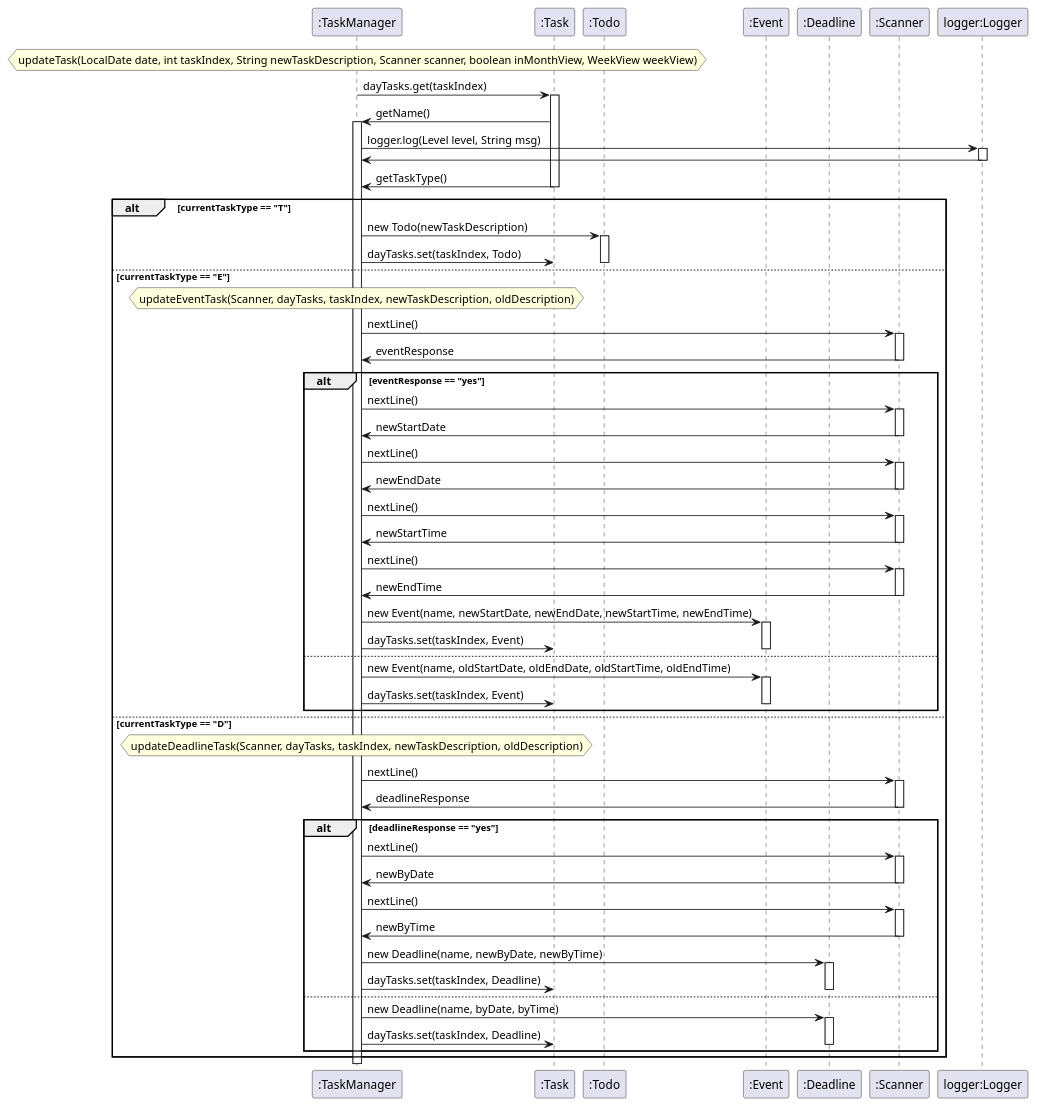
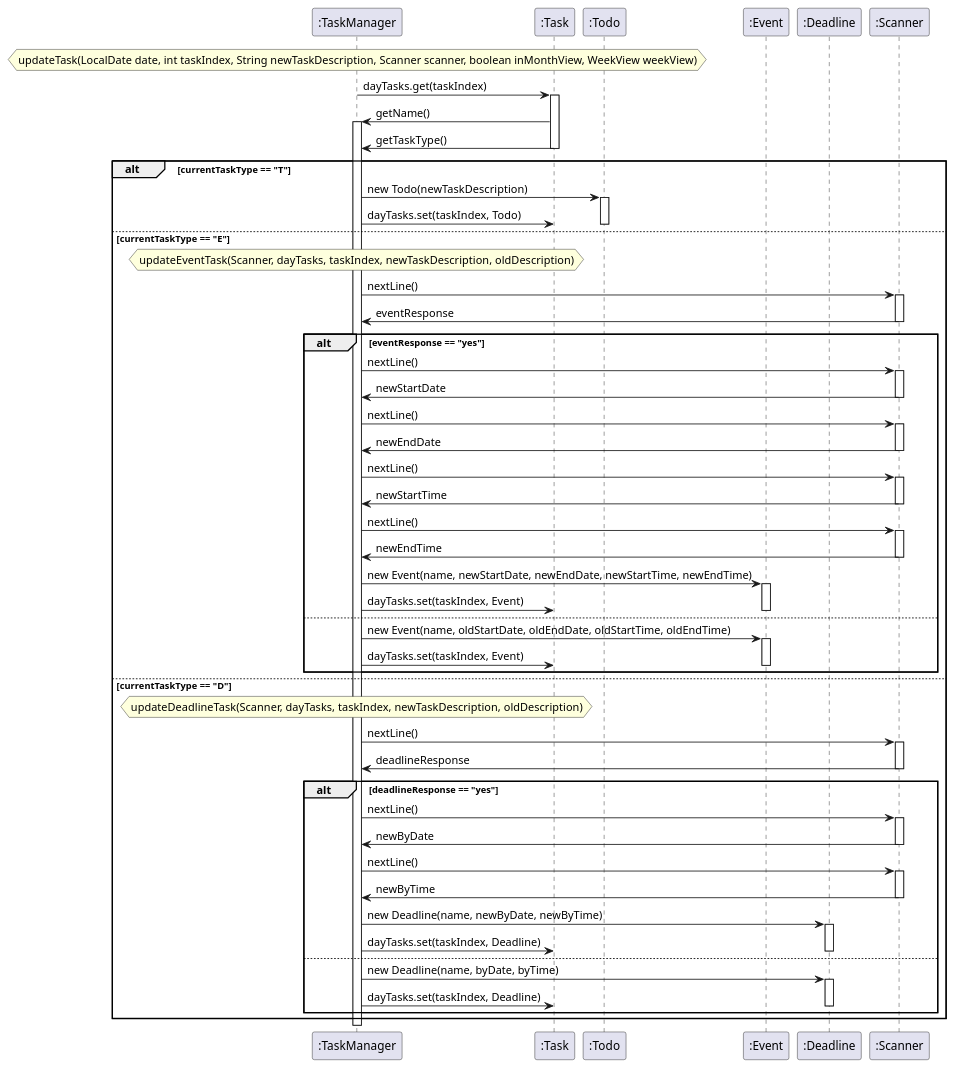
Before and after one commit to clarencepohh/tp: the diagram in docs/diagrams/sequence/UpdateTaskSequenceDiagram.puml, drawn with PlantUML. The commit also changed 2 other files, not shown here.

Commit message:
Made necessary changes to DG, removed unnecessary classes from the sequence diagram to make it more readable, corrected image path

```diff
--- a/docs/diagrams/sequence/UpdateTaskSequenceDiagram.puml
+++ b/docs/diagrams/sequence/UpdateTaskSequenceDiagram.puml
@@ -1,91 +1,85 @@
 @startuml
 participant ":TaskManager" as TaskManager
 participant ":Task" as Task
 participant ":Todo" as Todo
 participant ":Event" as Event
 participant ":Deadline" as Deadline
 participant ":Scanner" as Scanner
-participant "logger:Logger" as Logger
 
 hnote over TaskManager : updateTask(LocalDate date, int taskIndex, String newTaskDescription, Scanner scanner, boolean inMonthView, WeekView weekView)
 
 TaskManager -> Task : dayTasks.get(taskIndex)
 activate Task
 
 Task -> TaskManager : getName()
 activate TaskManager
-
-TaskManager -> Logger : logger.log(Level level, String msg)
-activate Logger
-Logger -> TaskManager
-deactivate Logger
 
 Task -> TaskManager : getTaskType()
 deactivate Task
 
 alt currentTaskType == "T"
     TaskManager -> Todo : new Todo(newTaskDescription)
     activate Todo
     TaskManager -> Task : dayTasks.set(taskIndex, Todo)
     deactivate Todo
 else currentTaskType == "E"
     hnote over TaskManager : updateEventTask(Scanner, dayTasks, taskIndex, newTaskDescription, oldDescription)
     TaskManager -> Scanner : nextLine()
     activate Scanner
     Scanner -> TaskManager : eventResponse
     deactivate Scanner
     alt eventResponse == "yes"
         TaskManager -> Scanner : nextLine()
         activate Scanner
         Scanner -> TaskManager : newStartDate
         deactivate Scanner
         TaskManager -> Scanner : nextLine()
         activate Scanner
         Scanner -> TaskManager : newEndDate
         deactivate Scanner
         TaskManager -> Scanner : nextLine()
         activate Scanner
         Scanner -> TaskManager : newStartTime
         deactivate Scanner
         TaskManager -> Scanner : nextLine()
         activate Scanner
         Scanner -> TaskManager : newEndTime
         deactivate Scanner
         TaskManager -> Event : new Event(name, newStartDate, newEndDate, newStartTime, newEndTime)
         activate Event
         TaskManager -> Task : dayTasks.set(taskIndex, Event)
         deactivate Event
-       else
-               TaskManager -> Event : new Event(name, oldStartDate, oldEndDate, oldStartTime, oldEndTime)
-               activate Event
-               TaskManager -> Task : dayTasks.set(taskIndex, Event)
-               deactivate Event
+    else
+        TaskManager -> Event : new Event(name, oldStartDate, oldEndDate, oldStartTime, oldEndTime)
+        activate Event
+        TaskManager -> Task : dayTasks.set(taskIndex, Event)
+        deactivate Event
     end
 else currentTaskType == "D"
     hnote over TaskManager : updateDeadlineTask(Scanner, dayTasks, taskIndex, newTaskDescription, oldDescription)
     TaskManager -> Scanner : nextLine()
     activate Scanner
     Scanner -> TaskManager : deadlineResponse
     deactivate Scanner
     alt deadlineResponse == "yes"
         TaskManager -> Scanner : nextLine()
         activate Scanner
         Scanner -> TaskManager : newByDate
         deactivate Scanner
         TaskManager -> Scanner : nextLine()
         activate Scanner
         Scanner -> TaskManager : newByTime
         deactivate Scanner
         TaskManager -> Deadline : new Deadline(name, newByDate, newByTime)
         activate Deadline
         TaskManager -> Task : dayTasks.set(taskIndex, Deadline)
         deactivate Deadline
     else
         TaskManager -> Deadline : new Deadline(name, byDate, byTime)
         activate Deadline
         TaskManager -> Task : dayTasks.set(taskIndex, Deadline)
         deactivate Deadline
     end
 end
 
 @enduml
```
